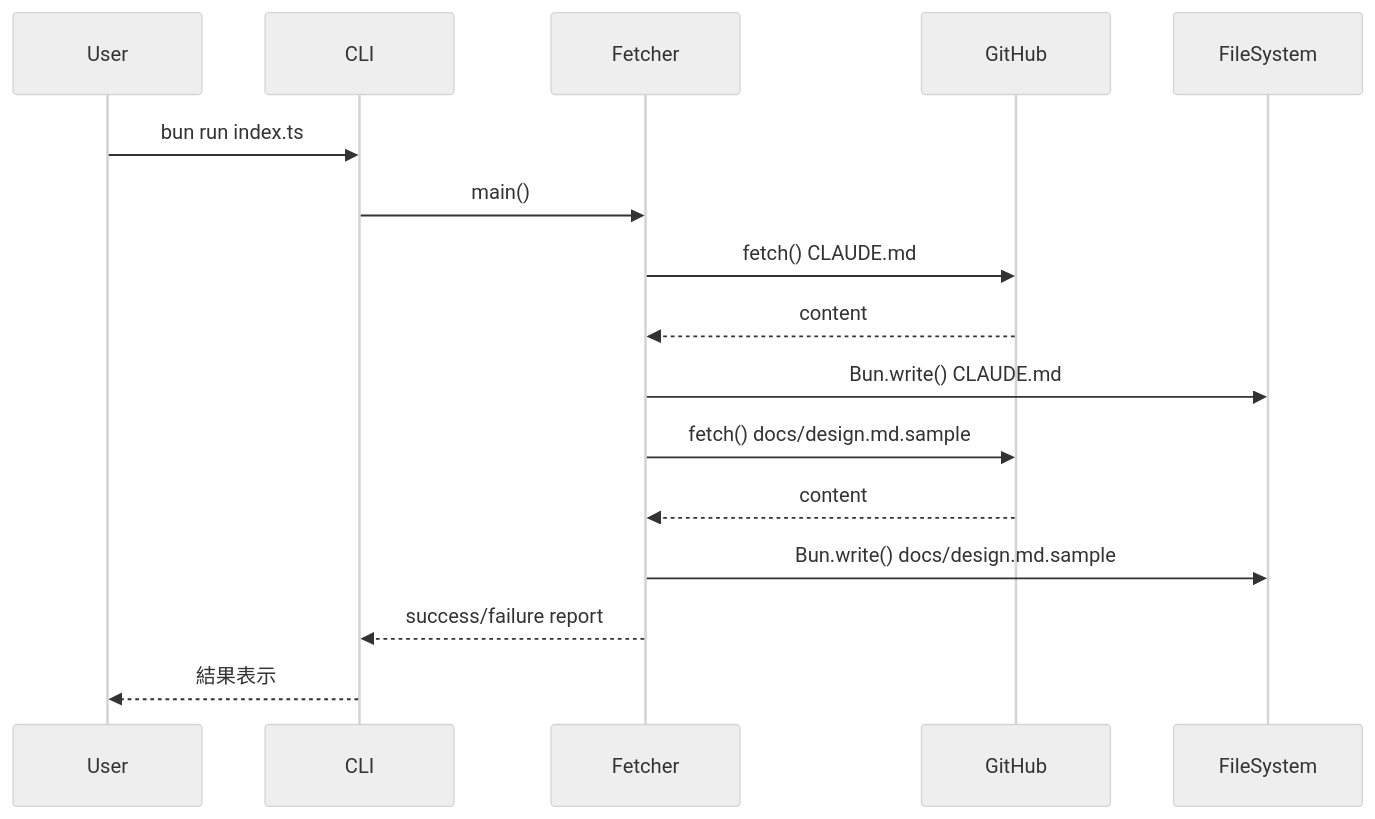
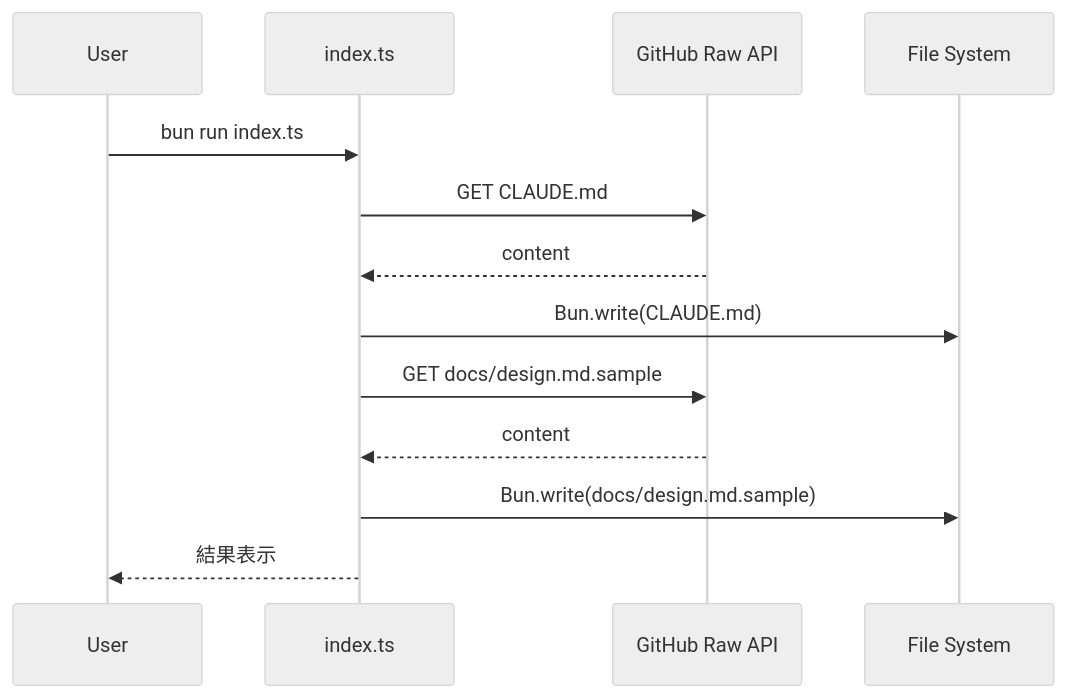
Before and after one commit to K-shir0/llm-docs-manager: the second of 2 diagrams in docs/requirements/template-sync.md, drawn with Mermaid (neutral theme). The commit also changed other lines of this file, not shown here.

````diff
--- a/docs/requirements/template-sync.md
+++ b/docs/requirements/template-sync.md
@@ -122,22 +76,19 @@
 ```mermaid
 sequenceDiagram
     participant User
-    participant CLI
-    participant Fetcher
-    participant GitHub
-    participant FileSystem
+    participant CLI as index.ts
+    participant GitHub as GitHub Raw API
+    participant FS as File System
 
     User->>CLI: bun run index.ts
-    CLI->>Fetcher: main()
 
-    Fetcher->>GitHub: fetch() CLAUDE.md
-    GitHub-->>Fetcher: content
-    Fetcher->>FileSystem: Bun.write() CLAUDE.md
+    CLI->>GitHub: GET CLAUDE.md
+    GitHub-->>CLI: content
+    CLI->>FS: Bun.write(CLAUDE.md)
 
-    Fetcher->>GitHub: fetch() docs/design.md.sample
-    GitHub-->>Fetcher: content
-    Fetcher->>FileSystem: Bun.write() docs/design.md.sample
+    CLI->>GitHub: GET docs/design.md.sample
+    GitHub-->>CLI: content
+    CLI->>FS: Bun.write(docs/design.md.sample)
 
-    Fetcher-->>CLI: success/failure report
     CLI-->>User: 結果表示
 ```
````
